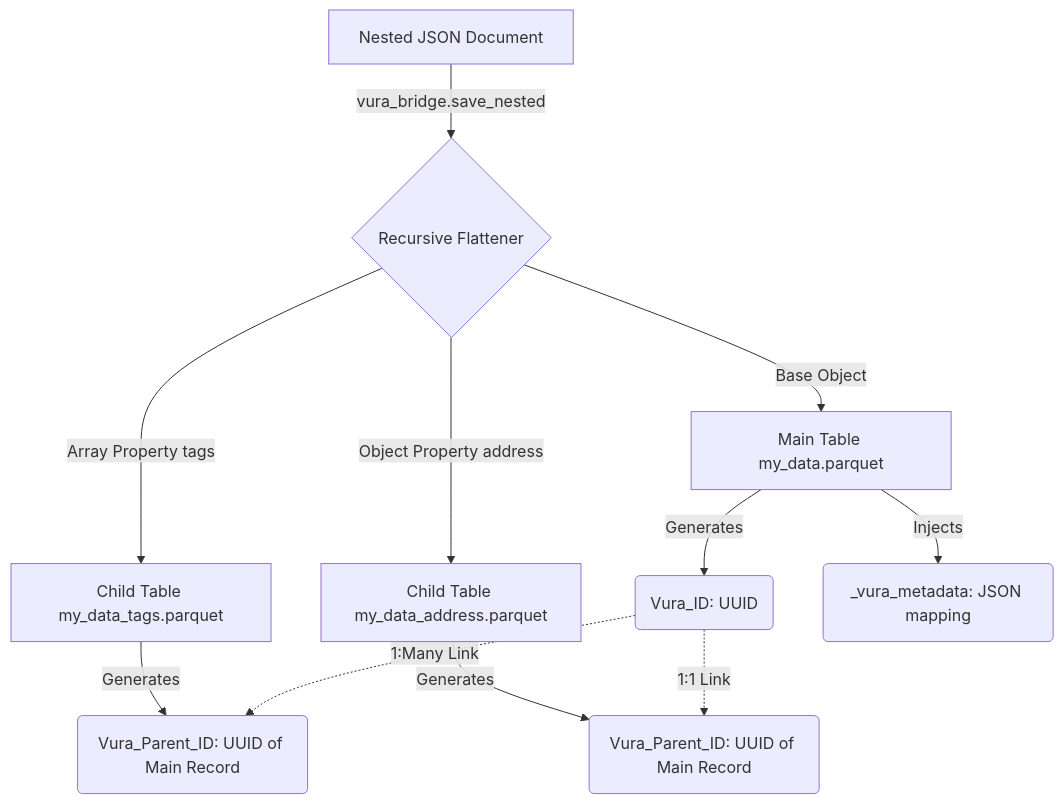
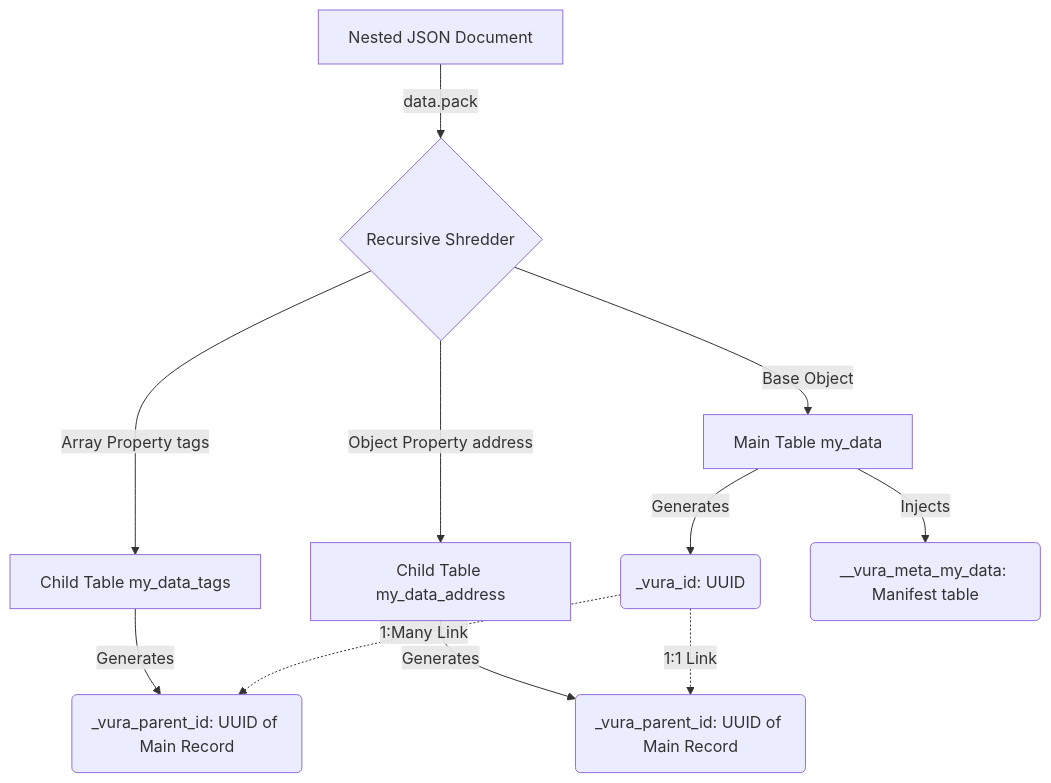
The diagram in docs/data_management.md (nexionlabsdev/vura-public), drawn with Mermaid before and after one commit. The commit also changed other lines of this file and 52 other files, not shown here.

````diff
--- a/docs/data_management.md
+++ b/docs/data_management.md
@@ -17,17 +17,17 @@
 ```mermaid
 graph TD
-    A[Nested JSON Document] -->|vura_bridge.save_nested| B{Recursive Flattener}
+    A[Nested JSON Document] -->|data.pack| B{Recursive Shredder}
 
-    B -->|Base Object| C[Main Table my_data.parquet]
-    B -->|Array Property tags| D[Child Table my_data_tags.parquet]
-    B -->|Object Property address| E[Child Table my_data_address.parquet]
+    B -->|Base Object| C[Main Table my_data]
+    B -->|Array Property tags| D[Child Table my_data_tags]
+    B -->|Object Property address| E[Child Table my_data_address]
 
-    C -->|Generates| C1(Vura_ID: UUID)
-    C -->|Injects| C2(_vura_metadata: JSON mapping)
+    C -->|Generates| C1(_vura_id: UUID)
+    C -->|Injects| C2(__vura_meta_my_data: Manifest table)
 
-    D -->|Generates| D1(Vura_Parent_ID: UUID of Main Record)
-    E -->|Generates| E1(Vura_Parent_ID: UUID of Main Record)
+    D -->|Generates| D1(_vura_parent_id: UUID of Main Record)
+    E -->|Generates| E1(_vura_parent_id: UUID of Main Record)
 
     C1 -.->|1:Many Link| D1
     C1 -.->|1:1 Link| E1
 ```
````
